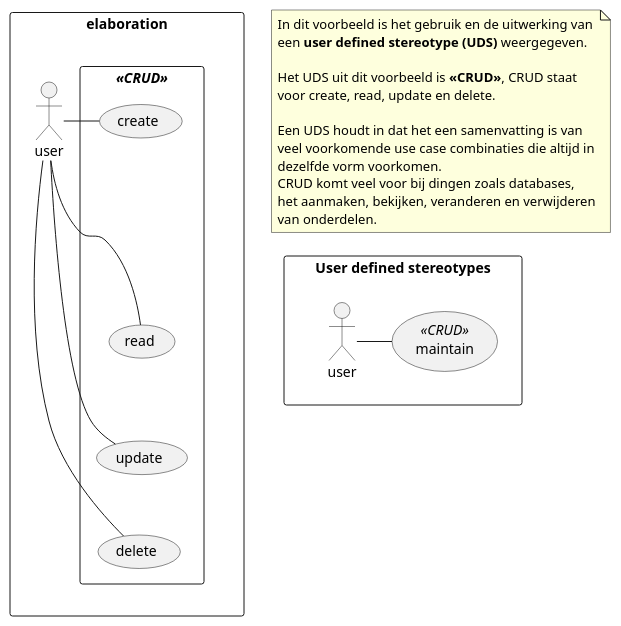
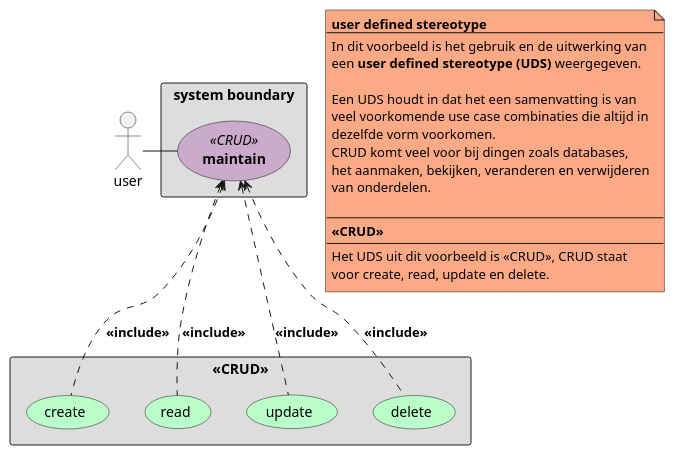
The diagram in plantuml/use_case/CRUD.puml (LukevLuijn/cheat_sheet_osm_mo), drawn with PlantUML before and after one commit. The commit also changed 28 other files, not shown here.

Commit message:
[cheat-sheet] added colors to all diagrams #2.

```diff
--- a/plantuml/use_case/CRUD.puml
+++ b/plantuml/use_case/CRUD.puml
@@ -1,47 +1,42 @@
 @startuml
 'https://plantuml.com/use-case-diagram
 
-rectangle r1 as "User defined stereotypes"{
-    actor r1_a1 as "user"
-    usecase r1_uc1 as "//<<CRUD>>//
-     maintain"
+actor actor1 as "user"
+rectangle rect1 as "system boundary" #DDDDDD{
+    usecase usecase1 as "//<<CRUD>>//\n**maintain**"  #CBAACB
+}
+actor1 -right- usecase1
 
-     r1_a1 -right- r1_uc1
+rectangle rect2 as "**<<CRUD>>**" #DDDDDD{
+    usecase usecase2 as "create" #BAFFC9
+    usecase usecase3 as "read" #BAFFC9
+    usecase usecase4 as "update" #BAFFC9
+    usecase usecase5 as "delete" #BAFFC9
 }
 
-rectangle r2 as "elaboration"{
-    actor r2_a1 as "user"
+usecase1 <.. usecase2 : **<<include>>**
+usecase1 <.. usecase3 : **<<include>>**
+usecase1 <.. usecase4 : **<<include>>**
+usecase1 <.. usecase5 : **<<include>>**
 
-    rectangle r3 as "//<<CRUD>>//"{
-        usecase r2_uc1 as "create"
-        usecase r2_uc2 as "read"
-        usecase r2_uc3 as "update"
-        usecase r2_uc4 as "delete"
-
-        r2_uc1-[hidden]down-r2_uc2
-        r2_uc2-[hidden]down-r2_uc3
-        r2_uc3-[hidden]down-r2_uc4
-    }
-
-    r2_a1 -right- r2_uc1
-    r2_a1 -right- r2_uc2
-    r2_a1 -right- r2_uc3
-    r2_a1 -right- r2_uc4
-}
-
-note as n1
+note as n1 #FCA985
+    **user defined stereotype**
+    --
     In dit voorbeeld is het gebruik en de uitwerking van
     een **user defined stereotype (UDS)** weergegeven.
-
-    Het UDS uit dit voorbeeld is **<<CRUD>>**, CRUD staat
-    voor create, read, update en delete.
 
     Een UDS houdt in dat het een samenvatting is van
     veel voorkomende use case combinaties die altijd in
     dezelfde vorm voorkomen.
     CRUD komt veel voor bij dingen zoals databases,
     het aanmaken, bekijken, veranderen en verwijderen
     van onderdelen.
+
+    --
+    **<<CRUD>>**
+    --
+    Het UDS uit dit voorbeeld is <<CRUD>>, CRUD staat
+    voor create, read, update en delete.
 end note
-r2 .[hidden]. r1
+
 @enduml
```
